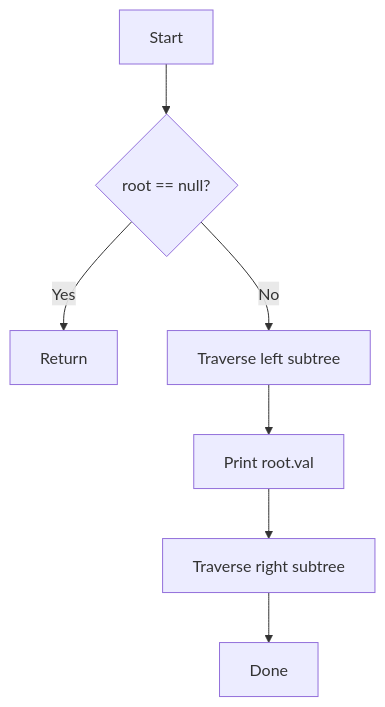
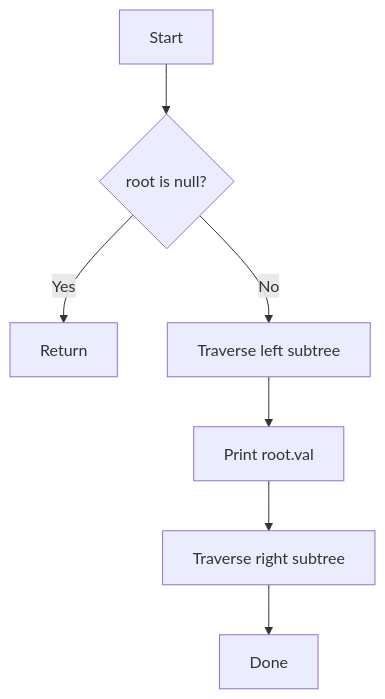
Before and after one commit to brovy23-GD/Rovy_Assignment_7.3_Search_BST: the fourth of 4 diagrams in README.md, drawn with Mermaid. The commit also changed other lines of this file, not shown here.

````diff
--- a/README.md
+++ b/README.md
@@ -157,9 +152,9 @@
 ```mermaid
 flowchart TD
-    A[Start] --> B{root == null?}
+    A[Start] --> B{root is null?}
     B -->|Yes| C[Return]
     B -->|No| D[Traverse left subtree]
     D --> E[Print root.val]
     E --> F[Traverse right subtree]
     F --> G[Done]
 ```
````
